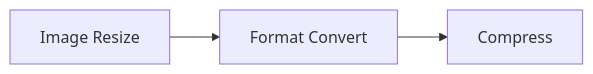
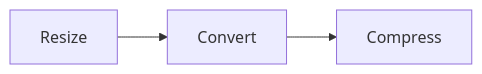
Before and after one commit to panndabea/runlocal.tools: the third of 4 diagrams in README.md, drawn with Mermaid. The commit also changed other lines of this file, not shown here.

First line of the commit message:
docs: improve README diagrams readability and clarity

````diff
--- a/README.md
+++ b/README.md
@@ -85,5 +82,5 @@
 ```mermaid
 flowchart LR
-    A[Image Resize] --> B[Format Convert]
+    A[Resize] --> B[Convert]
     B --> C[Compress]
 ```
````
